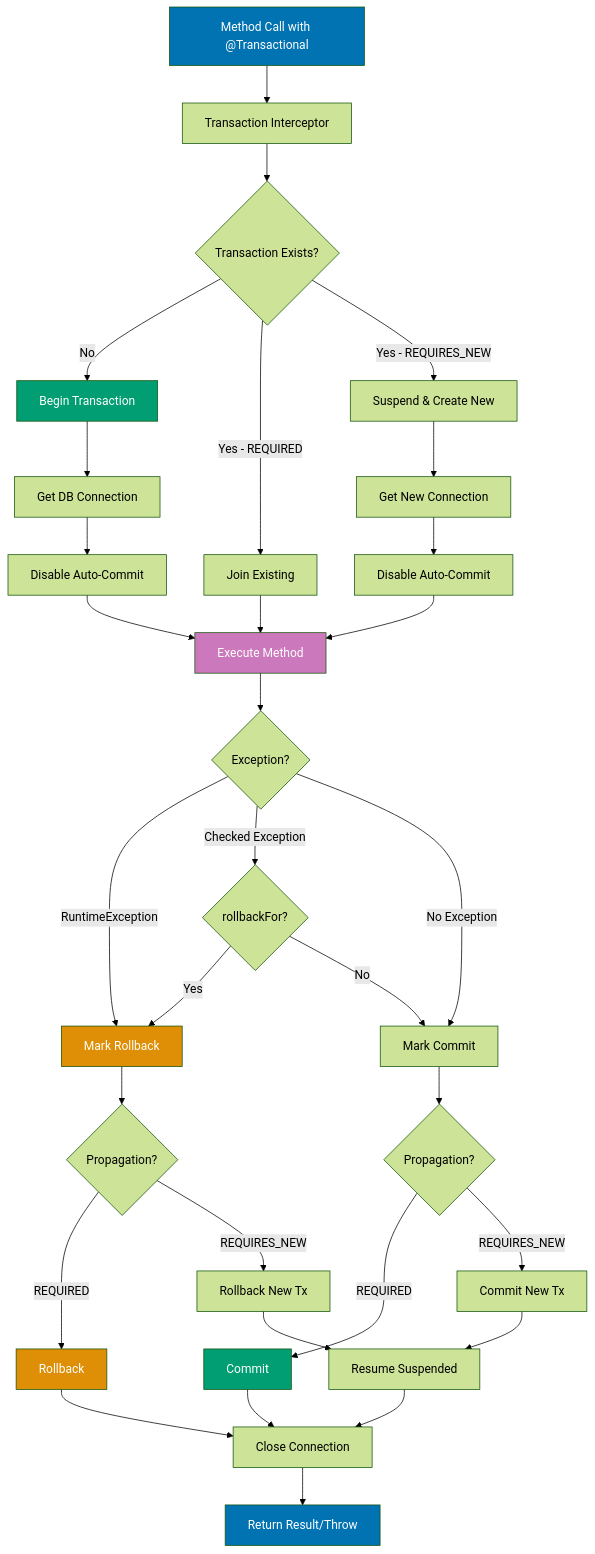
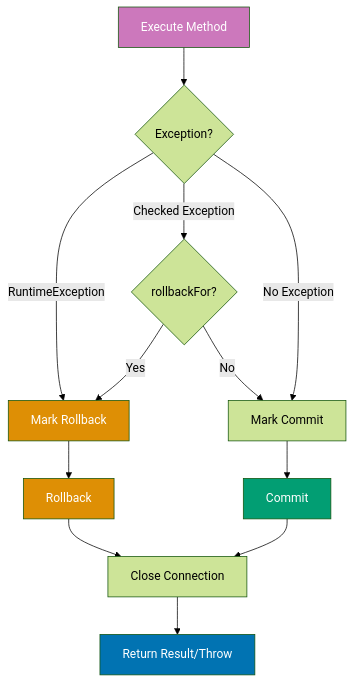
One commit to wahidyankf/ose-primer changed the second of 2 diagrams in docs/explanation/software-engineering/platform-web/tools/jvm-spring-boot/data-access.md. Above: the diagram before and after it, drawn with Mermaid (forest theme). The commit also changed 9 other files, not shown here.

Commit message:
fix(docs): fix mermaid violations in jvm-spring-boot/ docs (batch 4/10)

````diff
--- a/docs/explanation/software-engineering/platform-web/tools/jvm-spring-boot/data-access.md
+++ b/docs/explanation/software-engineering/platform-web/tools/jvm-spring-boot/data-access.md
@@ -1016,52 +1041,23 @@
 ```mermaid
 %% Color Palette: Blue #0173B2, Orange #DE8F05, Teal #029E73, Purple #CC78BC
 %% All colors are color-blind friendly and meet WCAG AA contrast standards
 
 graph TD
-    A[Method Call with @Transactional] --> B[Transaction Interceptor]
-    B --> C{Transaction Exists?}
-    C -->|No| D[Begin Transaction]
-    C -->|Yes - REQUIRED| E[Join Existing]
-    C -->|Yes - REQUIRES_NEW| F[Suspend & Create New]
-
-    D --> G[Get DB Connection]
-    G --> H[Disable Auto-Commit]
-    H --> I[Execute Method]
-
-    E --> I
-    F --> J[Get New Connection]
-    J --> K[Disable Auto-Commit]
-    K --> I
-
-    I --> L{Exception?}
+    I[Execute Method] --> L{Exception?}
     L -->|RuntimeException| M[Mark Rollback]
     L -->|Checked Exception| N{rollbackFor?}
     L -->|No Exception| O[Mark Commit]
-
     N -->|Yes| M
     N -->|No| O
-
-    M --> P{Propagation?}
-    P -->|REQUIRED| Q[Rollback]
-    P -->|REQUIRES_NEW| R[Rollback New Tx]
-
-    O --> S{Propagation?}
-    S -->|REQUIRED| T[Commit]
-    S -->|REQUIRES_NEW| U[Commit New Tx]
-
+    M --> Q[Rollback]
+    O --> T[Commit]
     Q --> V[Close Connection]
-    R --> W[Resume Suspended]
     T --> V
-    U --> W
-
-    W --> V
     V --> X[Return Result/Throw]
 
-    style A fill:#0173B2,color:#fff
-    style D fill:#029E73,color:#fff
     style I fill:#CC78BC,color:#fff
     style M fill:#DE8F05,color:#fff
     style Q fill:#DE8F05,color:#fff
     style T fill:#029E73,color:#fff
     style X fill:#0173B2,color:#fff
 ```
````
